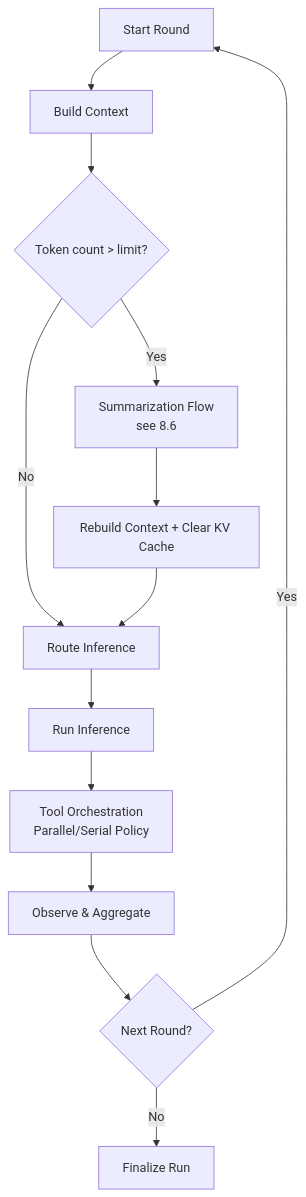
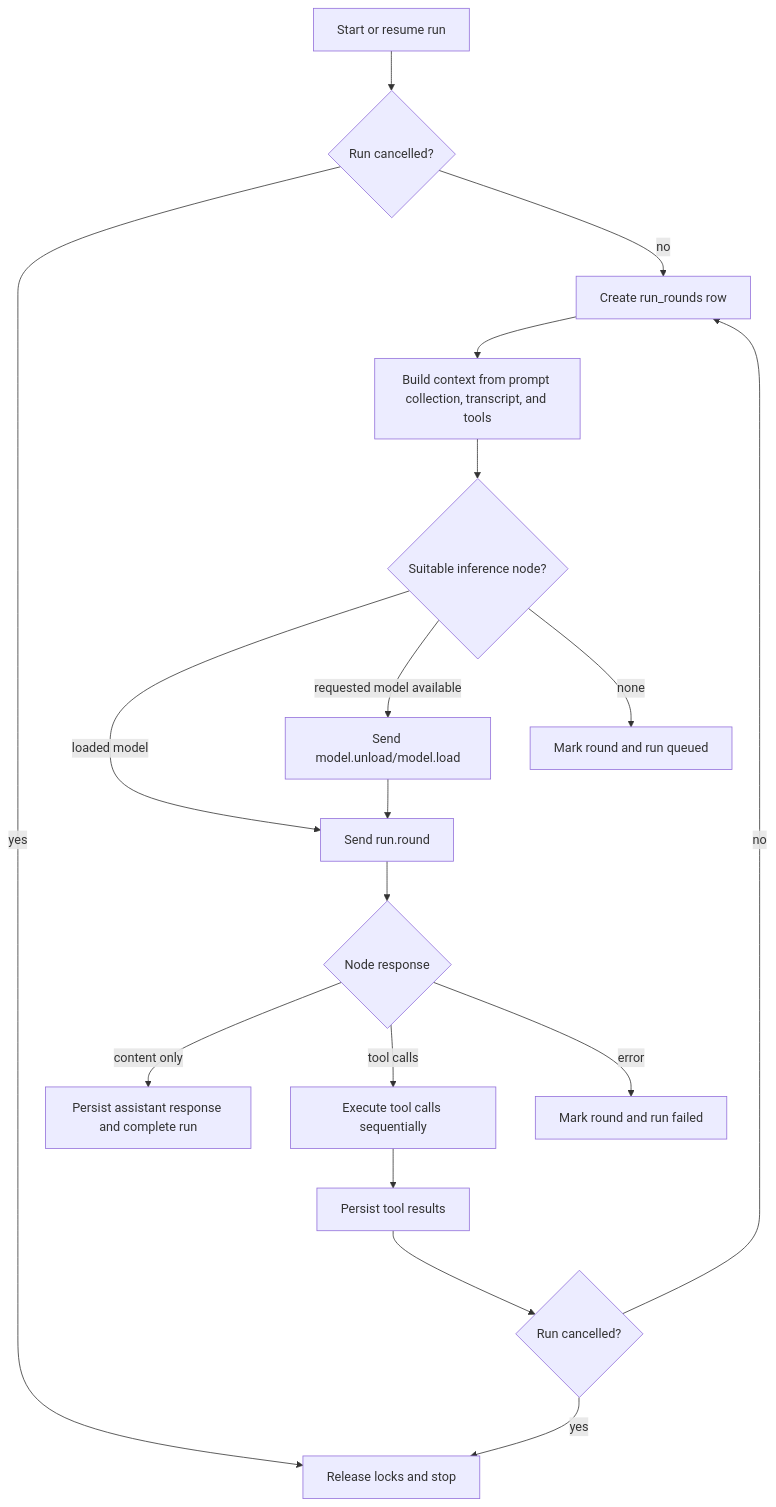
Before and after one commit to thiezn/NEXO: the second of 3 diagrams in docs/src/nexo/agent_loop.md, drawn with Mermaid. The commit also changed other lines of this file and 33 other files, not shown here.

````diff
--- a/docs/src/nexo/agent_loop.md
+++ b/docs/src/nexo/agent_loop.md
@@ -224,17 +292,20 @@
 ```mermaid
 flowchart TD
-    Start[Start Round] --> Build[Build Context]
-    Build --> TokenCheck{Token count > limit?}
-    TokenCheck -->|No| Route[Route Inference]
-    TokenCheck -->|Yes| Summarize[Summarization Flow
-see 8.6]
-    Summarize --> Rebuild[Rebuild Context + Clear KV Cache]
-    Rebuild --> Route
-    Route --> Inference[Run Inference]
-    Inference --> Tools[Tool Orchestration
-Parallel/Serial Policy]
-    Tools --> Aggregate[Observe & Aggregate]
-    Aggregate --> Decision{Next Round?}
-    Decision -->|Yes| Start
-    Decision -->|No| End[Finalize Run]
+        Start[Start or resume run] --> Cancelled{Run cancelled?}
+        Cancelled -->|yes| Stop[Release locks and stop]
+        Cancelled -->|no| Round[Create run_rounds row]
+        Round --> Context[Build context from prompt collection, transcript, and tools]
+        Context --> Route{Suitable inference node?}
+        Route -->|loaded model| Inference[Send run.round]
+        Route -->|requested model available| Load[Send model.unload/model.load]
+        Load --> Inference
+        Route -->|none| Queue[Mark round and run queued]
+        Inference --> Response{Node response}
+        Response -->|content only| Complete[Persist assistant response and complete run]
+        Response -->|tool calls| Tools[Execute tool calls sequentially]
+        Tools --> Observe[Persist tool results]
+        Observe --> CancelAgain{Run cancelled?}
+        CancelAgain -->|yes| Stop
+        CancelAgain -->|no| Round
+        Response -->|error| Fail[Mark round and run failed]
 ```
````
